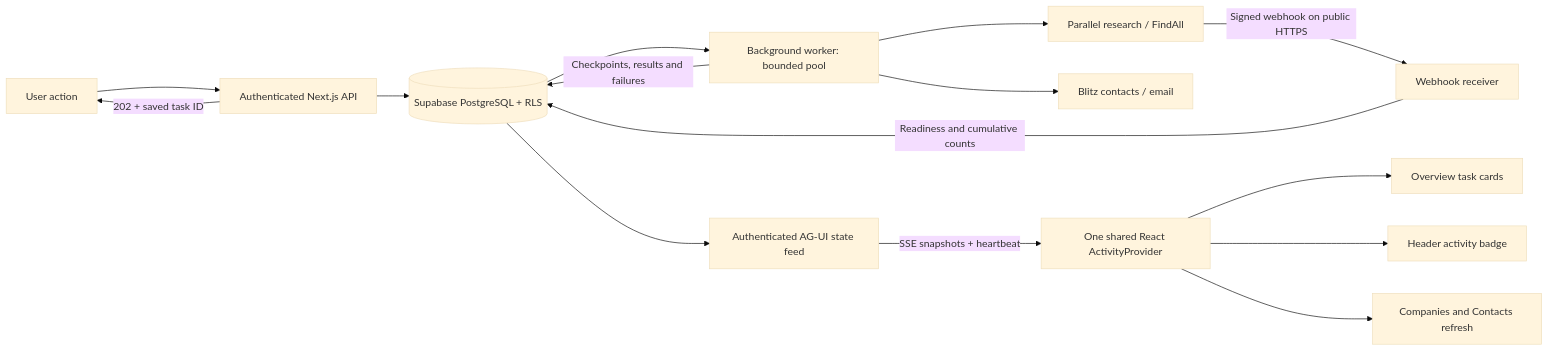
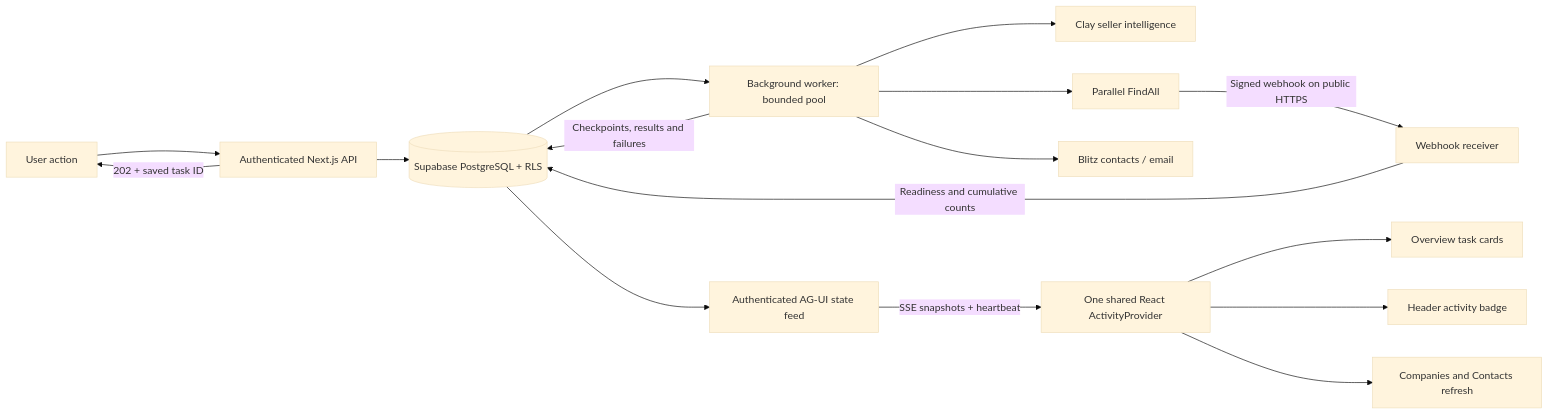
The third of 4 diagrams in ARCHITECTURE.md (Ankit-redstonegtm/hotnow-app), drawn with Mermaid (base theme) before and after one commit. The commit also changed other lines of this file and 23 other files, not shown here.

First line of the commit message:
Route seller research and buying situations through Clay.

````diff
--- a/ARCHITECTURE.md
+++ b/ARCHITECTURE.md
@@ -291,17 +296,18 @@
 ```mermaid
 flowchart LR
     User[User action] --> API[Authenticated Next.js API]
     API -->|202 + saved task ID| User
     API --> DB[(Supabase PostgreSQL + RLS)]
     DB --> Worker[Background worker: bounded pool]
-    Worker --> Parallel[Parallel research / FindAll]
+    Worker --> Clay[Clay seller intelligence]
+    Worker --> Parallel[Parallel FindAll]
     Worker --> Blitz[Blitz contacts / email]
     Parallel -->|Signed webhook on public HTTPS| Hook[Webhook receiver]
     Hook -->|Readiness and cumulative counts| DB
     Worker -->|Checkpoints, results and failures| DB
     DB --> Feed[Authenticated AG-UI state feed]
     Feed -->|SSE snapshots + heartbeat| Provider[One shared React ActivityProvider]
     Provider --> Overview[Overview task cards]
     Provider --> Badge[Header activity badge]
     Provider --> Sections[Companies and Contacts refresh]
 ```
````
